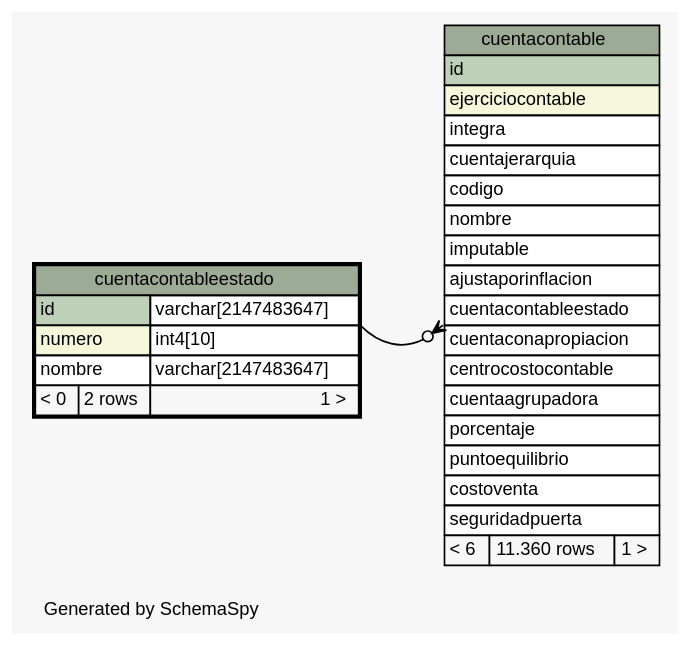
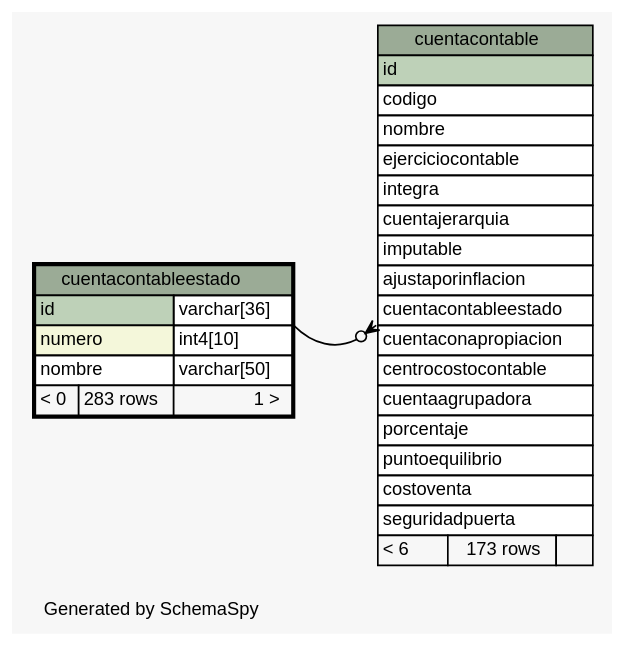
Before and after one commit to diegopablomansilla/massoftware_front: the diagram in postgresql/schemaSpy/salida/diagrams/cuentacontableestado.1degree.dot, drawn with Graphviz. The commit also changed 350 other files, not shown here.

```diff
--- a/postgresql/schemaSpy/salida/diagrams/cuentacontableestado.1degree.dot
+++ b/postgresql/schemaSpy/salida/diagrams/cuentacontableestado.1degree.dot
@@ -1,60 +1,60 @@
 // dot 2.2.1 on Windows 10 10.0
 // SchemaSpy rev 590
 digraph "oneDegreeRelationshipsDiagram" {
   graph [
     rankdir="RL"
     bgcolor="#f7f7f7"
     label="\nGenerated by SchemaSpy"
     labeljust="l"
     nodesep="0.18"
     ranksep="0.46"
     fontname="Helvetica"
     fontsize="11"
   ];
   node [
     fontname="Helvetica"
     fontsize="11"
     shape="plaintext"
   ];
   edge [
     arrowsize="0.8"
   ];
   "cuentacontable":"cuentacontableestado":sw -> "cuentacontableestado":"id.type":se [arrowhead=none dir=back arrowtail=crowodot];
   "cuentacontable" [
     label=<
     <TABLE BORDER="0" CELLBORDER="1" CELLSPACING="0" BGCOLOR="#ffffff">
       <TR><TD COLSPAN="3" BGCOLOR="#9bab96" ALIGN="CENTER">cuentacontable</TD></TR>
       <TR><TD PORT="id" COLSPAN="3" BGCOLOR="#bed1b8" ALIGN="LEFT">id</TD></TR>
-      <TR><TD PORT="ejerciciocontable" COLSPAN="3" BGCOLOR="#f4f7da" ALIGN="LEFT">ejerciciocontable</TD></TR>
+      <TR><TD PORT="codigo" COLSPAN="3" ALIGN="LEFT">codigo</TD></TR>
+      <TR><TD PORT="nombre" COLSPAN="3" ALIGN="LEFT">nombre</TD></TR>
+      <TR><TD PORT="ejerciciocontable" COLSPAN="3" ALIGN="LEFT">ejerciciocontable</TD></TR>
       <TR><TD PORT="integra" COLSPAN="3" ALIGN="LEFT">integra</TD></TR>
       <TR><TD PORT="cuentajerarquia" COLSPAN="3" ALIGN="LEFT">cuentajerarquia</TD></TR>
-      <TR><TD PORT="codigo" COLSPAN="3" ALIGN="LEFT">codigo</TD></TR>
-      <TR><TD PORT="nombre" COLSPAN="3" ALIGN="LEFT">nombre</TD></TR>
       <TR><TD PORT="imputable" COLSPAN="3" ALIGN="LEFT">imputable</TD></TR>
       <TR><TD PORT="ajustaporinflacion" COLSPAN="3" ALIGN="LEFT">ajustaporinflacion</TD></TR>
       <TR><TD PORT="cuentacontableestado" COLSPAN="3" ALIGN="LEFT">cuentacontableestado</TD></TR>
       <TR><TD PORT="cuentaconapropiacion" COLSPAN="3" ALIGN="LEFT">cuentaconapropiacion</TD></TR>
       <TR><TD PORT="centrocostocontable" COLSPAN="3" ALIGN="LEFT">centrocostocontable</TD></TR>
       <TR><TD PORT="cuentaagrupadora" COLSPAN="3" ALIGN="LEFT">cuentaagrupadora</TD></TR>
       <TR><TD PORT="porcentaje" COLSPAN="3" ALIGN="LEFT">porcentaje</TD></TR>
       <TR><TD PORT="puntoequilibrio" COLSPAN="3" ALIGN="LEFT">puntoequilibrio</TD></TR>
       <TR><TD PORT="costoventa" COLSPAN="3" ALIGN="LEFT">costoventa</TD></TR>
       <TR><TD PORT="seguridadpuerta" COLSPAN="3" ALIGN="LEFT">seguridadpuerta</TD></TR>
-      <TR><TD ALIGN="LEFT" BGCOLOR="#f7f7f7">&lt; 6</TD><TD ALIGN="RIGHT" BGCOLOR="#f7f7f7">11.360 rows</TD><TD ALIGN="RIGHT" BGCOLOR="#f7f7f7">1 &gt;</TD></TR>
+      <TR><TD ALIGN="LEFT" BGCOLOR="#f7f7f7">&lt; 6</TD><TD ALIGN="RIGHT" BGCOLOR="#f7f7f7">173 rows</TD><TD ALIGN="RIGHT" BGCOLOR="#f7f7f7">  </TD></TR>
     </TABLE>>
     URL="cuentacontable.html"
     tooltip="cuentacontable"
   ];
   "cuentacontableestado" [
     label=<
     <TABLE BORDER="2" CELLBORDER="1" CELLSPACING="0" BGCOLOR="#ffffff">
       <TR><TD COLSPAN="3" BGCOLOR="#9bab96" ALIGN="CENTER">cuentacontableestado</TD></TR>
-      <TR><TD PORT="id" COLSPAN="2" BGCOLOR="#bed1b8" ALIGN="LEFT">id</TD><TD PORT="id.type" ALIGN="LEFT">varchar[2147483647]</TD></TR>
+      <TR><TD PORT="id" COLSPAN="2" BGCOLOR="#bed1b8" ALIGN="LEFT">id</TD><TD PORT="id.type" ALIGN="LEFT">varchar[36]</TD></TR>
       <TR><TD PORT="numero" COLSPAN="2" BGCOLOR="#f4f7da" ALIGN="LEFT">numero</TD><TD PORT="numero.type" ALIGN="LEFT">int4[10]</TD></TR>
-      <TR><TD PORT="nombre" COLSPAN="2" ALIGN="LEFT">nombre</TD><TD PORT="nombre.type" ALIGN="LEFT">varchar[2147483647]</TD></TR>
-      <TR><TD ALIGN="LEFT" BGCOLOR="#f7f7f7">&lt; 0</TD><TD ALIGN="RIGHT" BGCOLOR="#f7f7f7">2 rows</TD><TD ALIGN="RIGHT" BGCOLOR="#f7f7f7">1 &gt;</TD></TR>
+      <TR><TD PORT="nombre" COLSPAN="2" ALIGN="LEFT">nombre</TD><TD PORT="nombre.type" ALIGN="LEFT">varchar[50]</TD></TR>
+      <TR><TD ALIGN="LEFT" BGCOLOR="#f7f7f7">&lt; 0</TD><TD ALIGN="RIGHT" BGCOLOR="#f7f7f7">283 rows</TD><TD ALIGN="RIGHT" BGCOLOR="#f7f7f7">1 &gt;</TD></TR>
     </TABLE>>
     URL="cuentacontableestado.html"
     tooltip="cuentacontableestado"
   ];
 }
```
